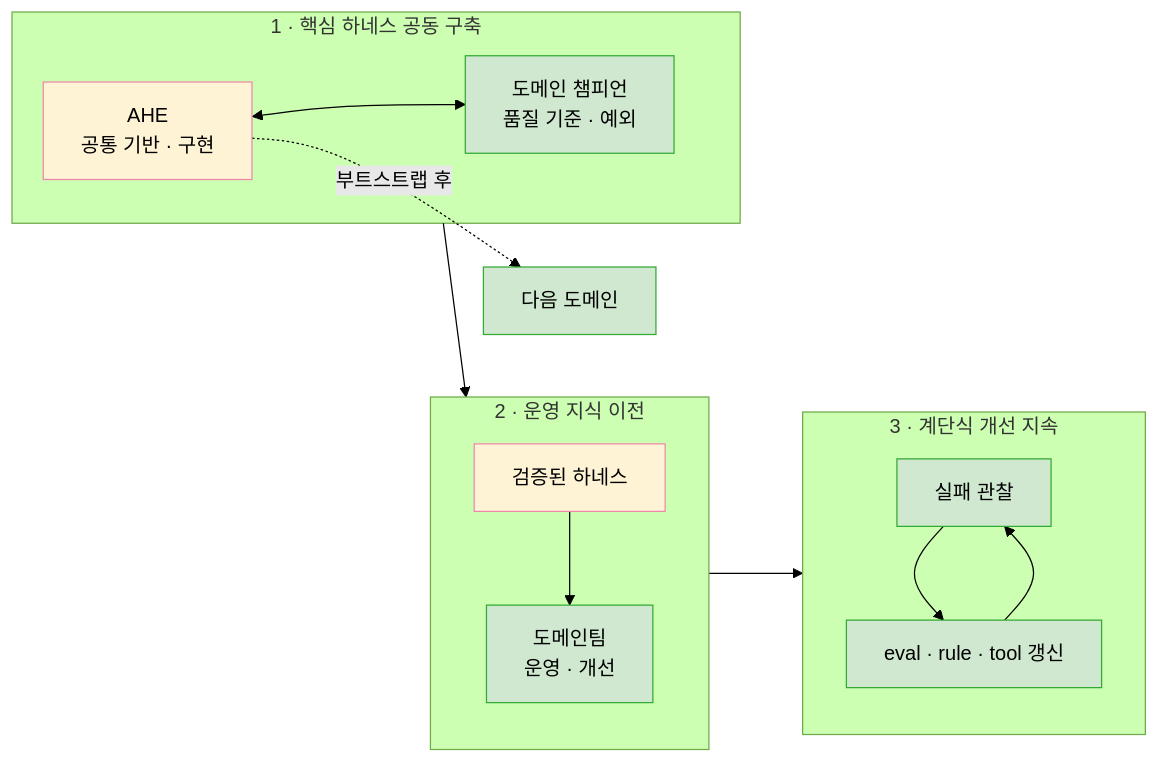
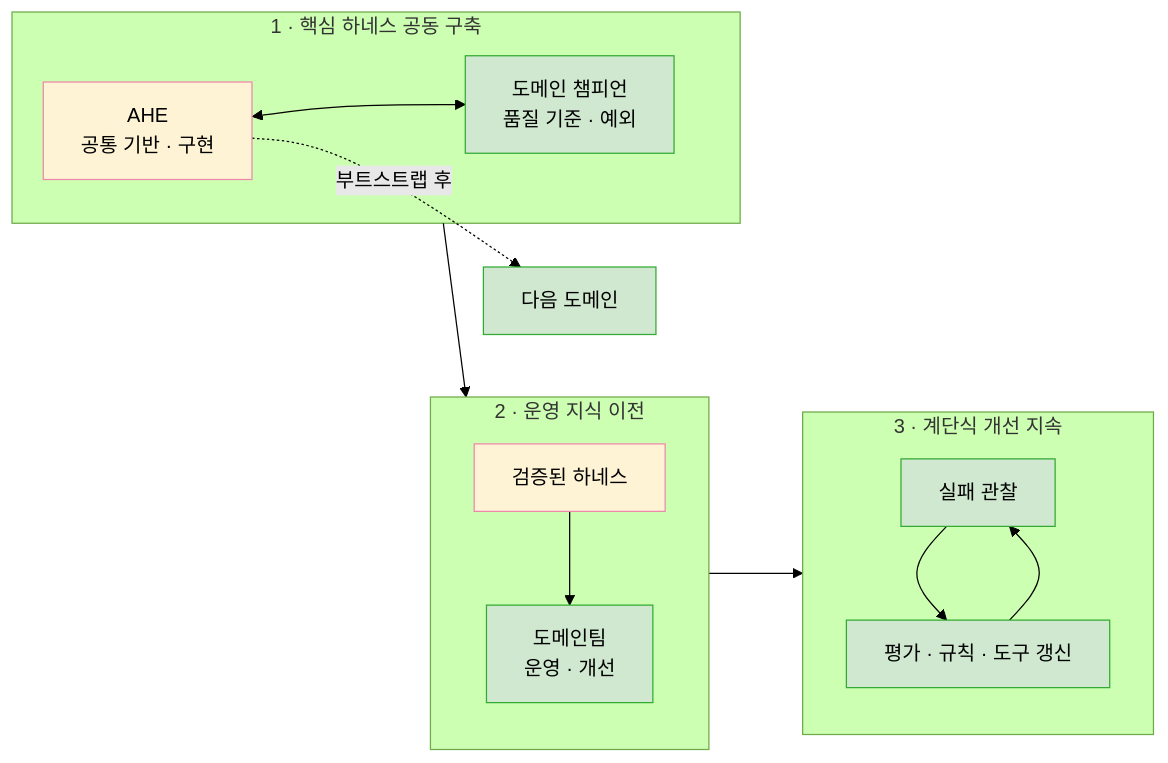
Before and after one commit to haandol/haandol.github.com: the fourth of 7 diagrams in _posts/2026-06-15-organizational-ai-adoption-3s.md, drawn with Mermaid (forest theme). The commit also changed other lines of this file, not shown here.

````diff
--- a/_posts/2026-06-15-organizational-ai-adoption-3s.md
+++ b/_posts/2026-06-15-organizational-ai-adoption-3s.md
@@ -180,21 +203,21 @@
 ```mermaid
 flowchart LR
     subgraph S1["1 · 핵심 하네스 공동 구축"]
         AHE["AHE<br/>공통 기반 · 구현"]
         CH["도메인 챔피언<br/>품질 기준 · 예외"]
         AHE <--> CH
     end
     subgraph S2["2 · 운영 지식 이전"]
         H["검증된 하네스"] --> DT["도메인팀<br/>운영 · 개선"]
     end
     subgraph S3["3 · 계단식 개선 지속"]
-        F["실패 관찰"] --> U["eval · rule · tool 갱신"]
+        F["실패 관찰"] --> U["평가 · 규칙 · 도구 갱신"]
         U --> F
     end
     S1 --> S2 --> S3
     AHE -. "부트스트랩 후" .-> N["다음 도메인"]
     classDef a fill:#fff3d6,stroke:#e8a;
     classDef d fill:#cfe8cf,stroke:#3a3;
     class AHE,H a;
     class CH,DT,F,U,N d;
 ```
````
